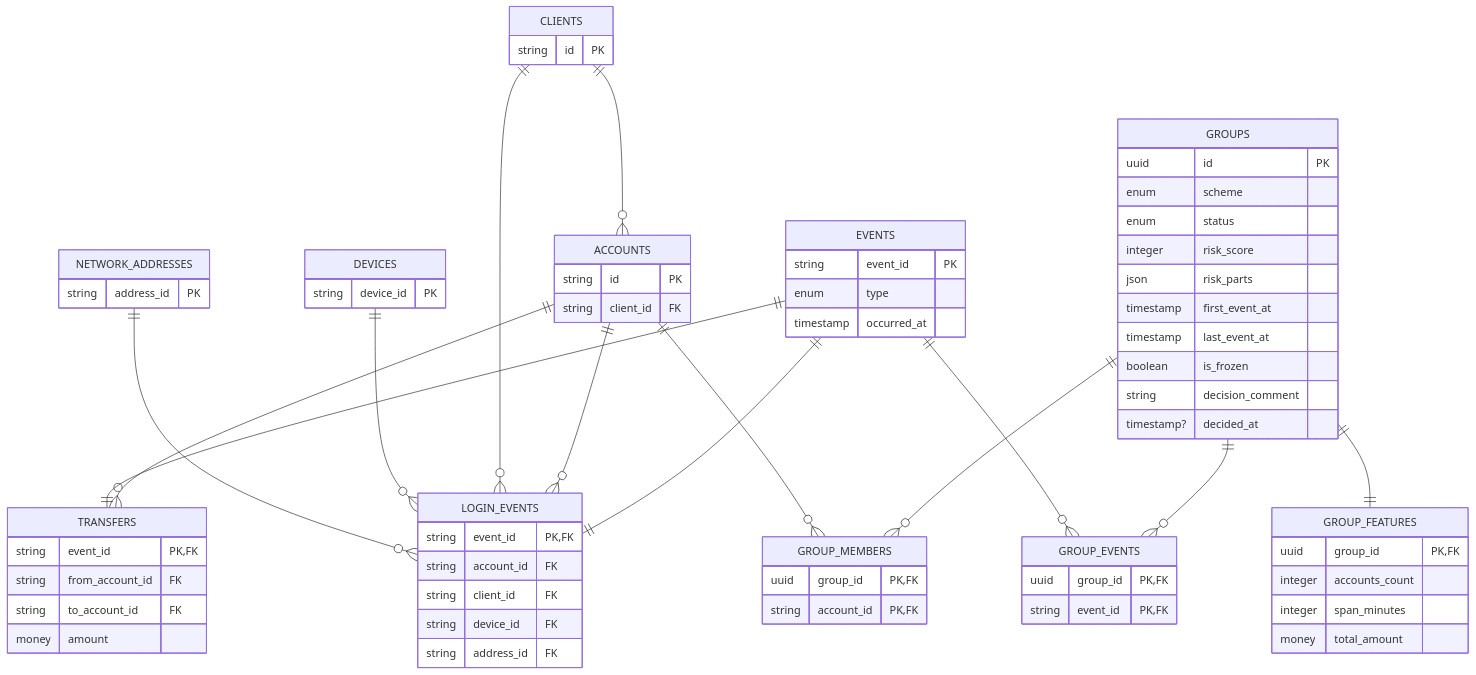
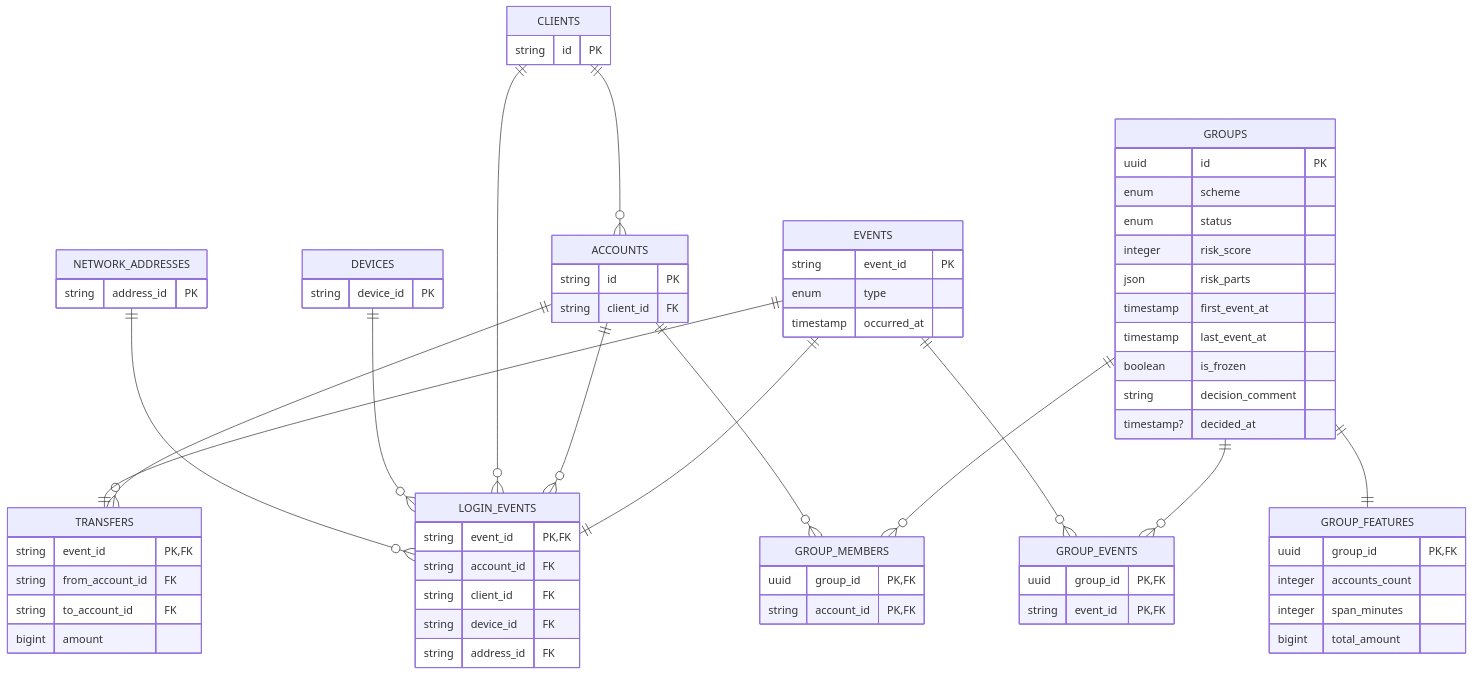
The diagram in docs/entities.md (feytox/shugraph), drawn with Mermaid before and after one commit. The commit also changed other lines of this file and 2 other files, not shown here.

````diff
--- a/docs/entities.md
+++ b/docs/entities.md
@@ -5,73 +5,73 @@
 ```mermaid
 erDiagram
     CLIENTS {
         string id PK
     }
     ACCOUNTS {
         string id PK
         string client_id FK
     }
     DEVICES {
         string device_id PK
     }
     NETWORK_ADDRESSES {
         string address_id PK
     }
     EVENTS {
         string event_id PK
         enum type
         timestamp occurred_at
     }
     TRANSFERS {
         string event_id PK, FK
         string from_account_id FK
         string to_account_id FK
-        money amount
+        bigint amount
     }
     LOGIN_EVENTS {
         string event_id PK, FK
         string account_id FK
         string client_id FK
         string device_id FK
         string address_id FK
     }
     GROUPS {
         uuid id PK
         enum scheme
         enum status
         integer risk_score
         json risk_parts
         timestamp first_event_at
         timestamp last_event_at
         boolean is_frozen
         string decision_comment
         timestamp? decided_at
     }
     GROUP_MEMBERS {
         uuid group_id PK, FK
         string account_id PK, FK
     }
     GROUP_EVENTS {
         uuid group_id PK, FK
         string event_id PK, FK
     }
     GROUP_FEATURES {
         uuid group_id PK, FK
         integer accounts_count
         integer span_minutes
-        money total_amount
+        bigint total_amount
     }
     CLIENTS ||--o{ ACCOUNTS : " "
     ACCOUNTS ||--o{ TRANSFERS : " "
     EVENTS ||--|| TRANSFERS : " "
     EVENTS ||--|| LOGIN_EVENTS : " "
     ACCOUNTS ||--o{ LOGIN_EVENTS : " "
     CLIENTS ||--o{ LOGIN_EVENTS : " "
     DEVICES ||--o{ LOGIN_EVENTS : " "
     NETWORK_ADDRESSES ||--o{ LOGIN_EVENTS : " "
     GROUPS ||--o{ GROUP_MEMBERS : " "
     ACCOUNTS ||--o{ GROUP_MEMBERS : " "
     GROUPS ||--o{ GROUP_EVENTS : " "
     EVENTS ||--o{ GROUP_EVENTS : " "
     GROUPS ||--|| GROUP_FEATURES : " "
 ```
````
